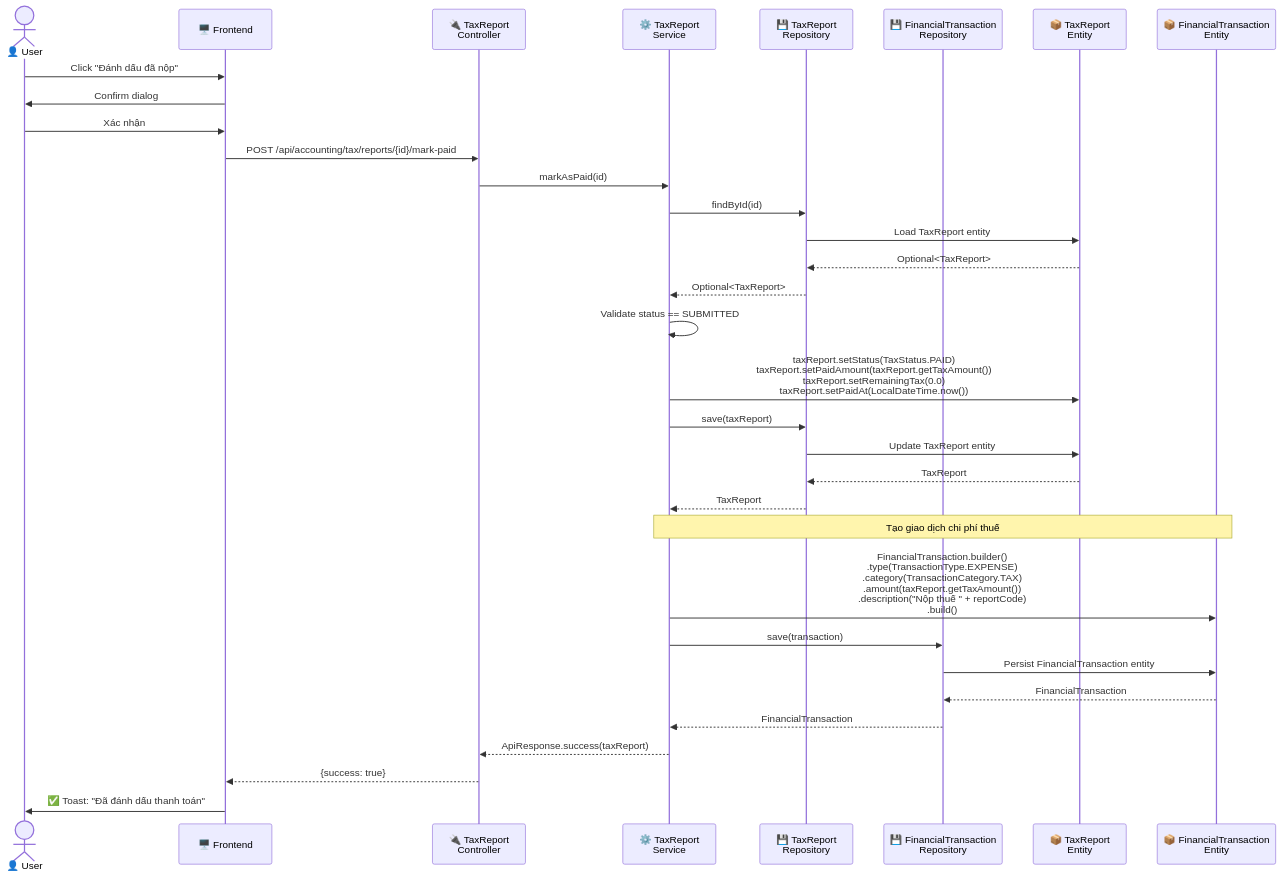
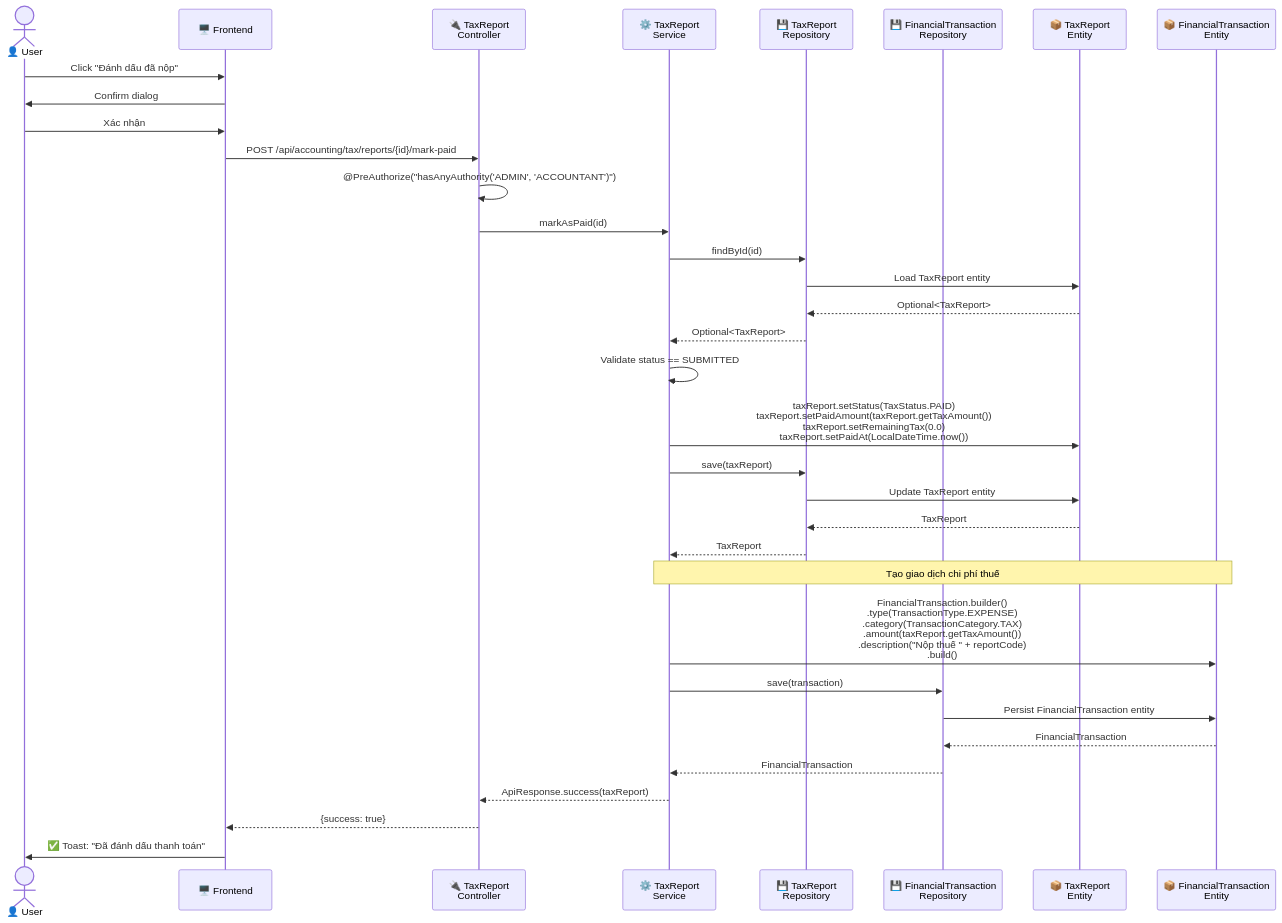
Diagram 14 of 26 in sequence-diagram-accounting-flow.md (Mvuong1523/Do-an-tot-nghiep), drawn with Mermaid before and after one commit. The commit also changed other lines of this file and 9 other files, not shown here.

````diff
--- a/sequence-diagram-accounting-flow.md
+++ b/sequence-diagram-accounting-flow.md
@@ -679,44 +696,45 @@
 ```mermaid
 sequenceDiagram
     actor User as 👤 User
     participant FE as 🖥️ Frontend
     participant Ctrl as 🔌 TaxReport<br/>Controller
     participant Svc as ⚙️ TaxReport<br/>Service
     participant Repo1 as 💾 TaxReport<br/>Repository
     participant Repo2 as 💾 FinancialTransaction<br/>Repository
     participant E1 as 📦 TaxReport<br/>Entity
     participant E2 as 📦 FinancialTransaction<br/>Entity
     
     User->>FE: Click "Đánh dấu đã nộp"
     FE->>User: Confirm dialog
     User->>FE: Xác nhận
     
     FE->>Ctrl: POST /api/accounting/tax/reports/{id}/mark-paid
+    Ctrl->>Ctrl: @PreAuthorize("hasAnyAuthority('ADMIN', 'ACCOUNTANT')")
     Ctrl->>Svc: markAsPaid(id)
     
     Svc->>Repo1: findById(id)
     Repo1->>E1: Load TaxReport entity
     E1-->>Repo1: Optional<TaxReport>
     Repo1-->>Svc: Optional<TaxReport>
     
     Svc->>Svc: Validate status == SUBMITTED
     Svc->>E1: taxReport.setStatus(TaxStatus.PAID)<br/>taxReport.setPaidAmount(taxReport.getTaxAmount())<br/>taxReport.setRemainingTax(0.0)<br/>taxReport.setPaidAt(LocalDateTime.now())
     
     Svc->>Repo1: save(taxReport)
     Repo1->>E1: Update TaxReport entity
     E1-->>Repo1: TaxReport
     Repo1-->>Svc: TaxReport
     
     Note over Svc,E2: Tạo giao dịch chi phí thuế
     Svc->>E2: FinancialTransaction.builder()<br/>.type(TransactionType.EXPENSE)<br/>.category(TransactionCategory.TAX)<br/>.amount(taxReport.getTaxAmount())<br/>.description("Nộp thuế " + reportCode)<br/>.build()
     
     Svc->>Repo2: save(transaction)
     Repo2->>E2: Persist FinancialTransaction entity
     E2-->>Repo2: FinancialTransaction
     Repo2-->>Svc: FinancialTransaction
     
     Svc-->>Ctrl: ApiResponse.success(taxReport)
     Ctrl-->>FE: {success: true}
     
     FE->>User: ✅ Toast: "Đã đánh dấu thanh toán"
 ```
````
